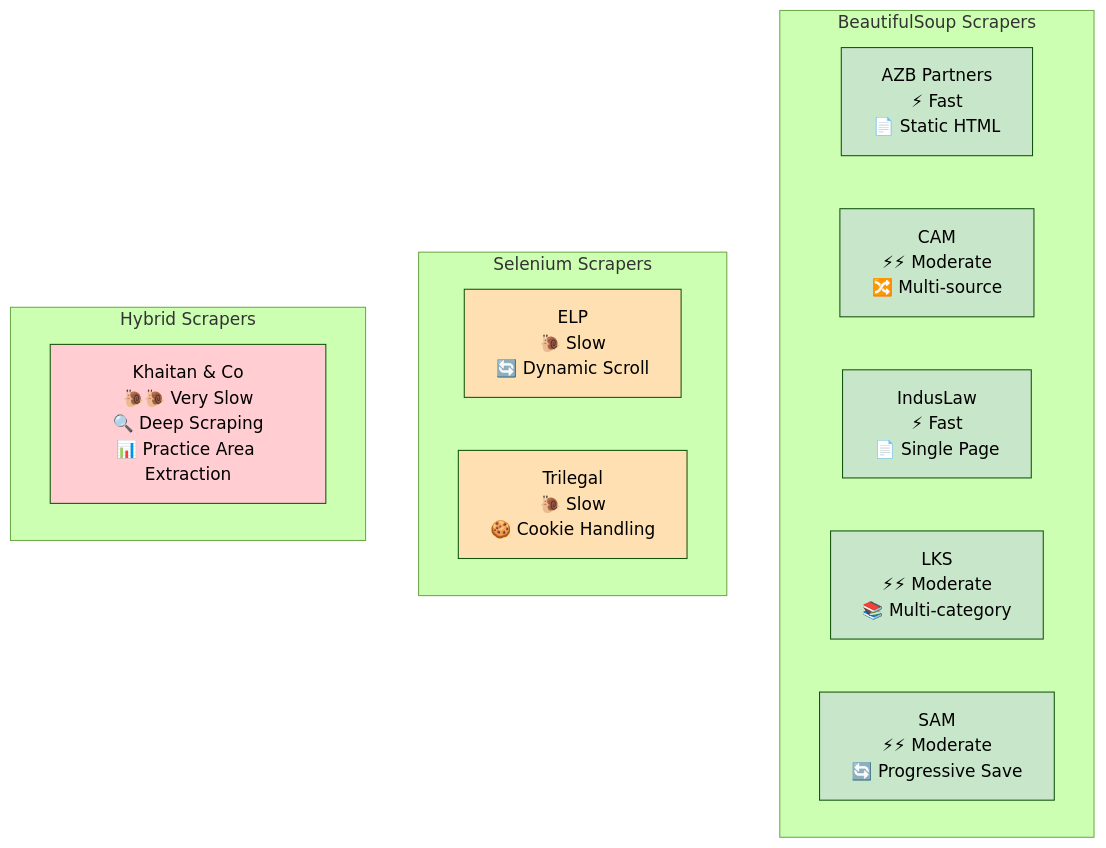
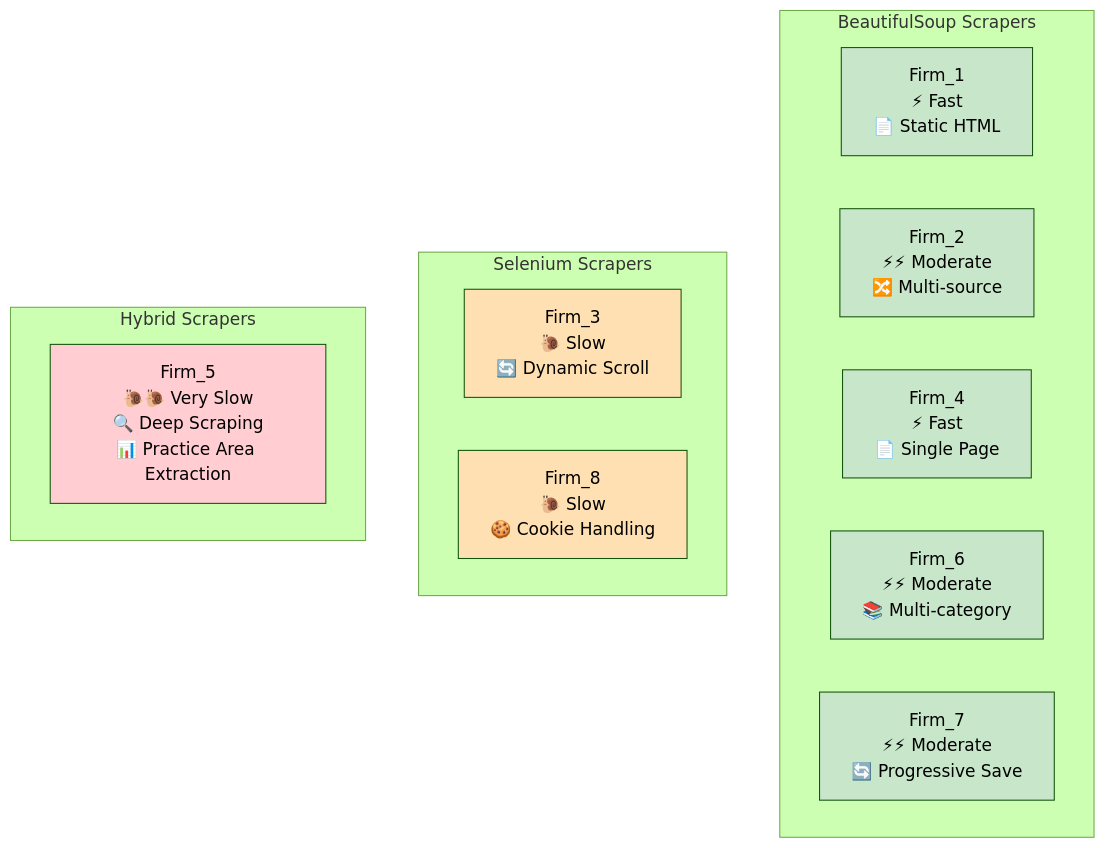
The seventh of 27 diagrams in readme.md (Acash-bits/Law-Firm-Publications-Scraper-Suite), drawn with Mermaid (forest theme) before and after one commit. The commit also changed other lines of this file, not shown here.

Commit message:
Change in the font and style of System architecture diagram

````diff
--- a/readme.md
+++ b/readme.md
@@ -599,28 +599,28 @@
 ```mermaid
 graph TB
     subgraph "BeautifulSoup Scrapers"
-        B1[AZB Partners<br/>⚡ Fast<br/>📄 Static HTML]
-        B2[CAM<br/>⚡⚡ Moderate<br/>🔀 Multi-source]
-        B3[IndusLaw<br/>⚡ Fast<br/>📄 Single Page]
-        B4[LKS<br/>⚡⚡ Moderate<br/>📚 Multi-category]
-        B5[SAM<br/>⚡⚡ Moderate<br/>🔄 Progressive Save]
+        B1[Firm_1<br/>⚡ Fast<br/>📄 Static HTML]
+        B2[Firm_2<br/>⚡⚡ Moderate<br/>🔀 Multi-source]
+        B3[Firm_4<br/>⚡ Fast<br/>📄 Single Page]
+        B4[Firm_6<br/>⚡⚡ Moderate<br/>📚 Multi-category]
+        B5[Firm_7<br/>⚡⚡ Moderate<br/>🔄 Progressive Save]
     end
 
     subgraph "Selenium Scrapers"
-        S1[ELP<br/>🐌 Slow<br/>🔄 Dynamic Scroll]
-        S2[Trilegal<br/>🐌 Slow<br/>🍪 Cookie Handling]
+        S1[Firm_3<br/>🐌 Slow<br/>🔄 Dynamic Scroll]
+        S2[Firm_8<br/>🐌 Slow<br/>🍪 Cookie Handling]
     end
 
     subgraph "Hybrid Scrapers"
-        H1[Khaitan & Co<br/>🐌🐌 Very Slow<br/>🔍 Deep Scraping<br/>📊 Practice Area Extraction]
+        H1[Firm_5<br/>🐌🐌 Very Slow<br/>🔍 Deep Scraping<br/>📊 Practice Area Extraction]
     end
 
     style B1 fill:#C8E6C9
     style B2 fill:#C8E6C9
     style B3 fill:#C8E6C9
     style B4 fill:#C8E6C9
     style B5 fill:#C8E6C9
     style S1 fill:#FFE0B2
     style S2 fill:#FFE0B2
     style H1 fill:#FFCDD2
 ```
````
